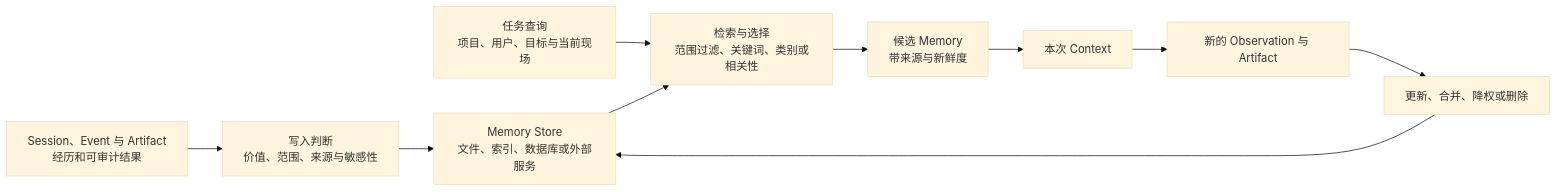
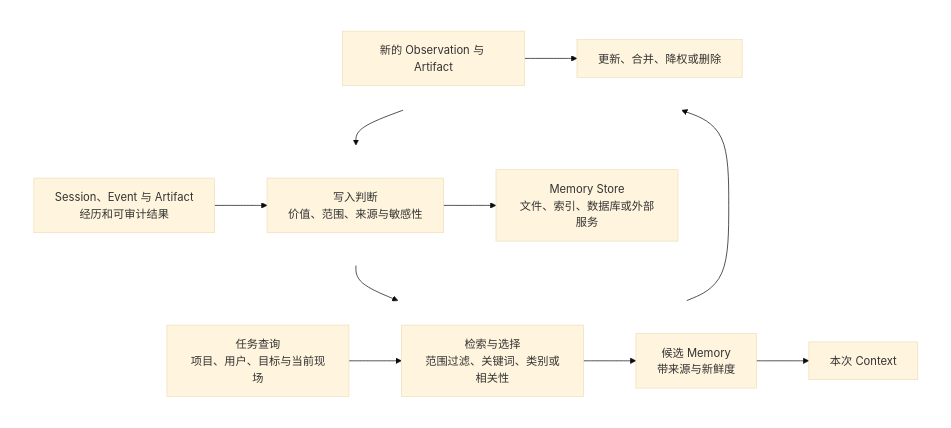
Before and after one commit to specialpointcentral/harness: the diagram in docs/harness-survey/10_memory.md, drawn with Mermaid (base theme). The commit also changed 18 other files, not shown here.

First line of the commit message:
docs: improve diagram layouts and tidy supporting files

````diff
--- a/docs/harness-survey/10_memory.md
+++ b/docs/harness-survey/10_memory.md
@@ -41,22 +41,30 @@
 ```mermaid
-flowchart LR
-  S[Session、Event 与 Artifact<br/>经历和可审计结果]
-  W[写入判断<br/>价值、范围、来源与敏感性]
-  M[Memory Store<br/>文件、索引、数据库或外部服务]
-  Q[任务查询<br/>项目、用户、目标与当前现场]
-  R[检索与选择<br/>范围过滤、关键词、类别或相关性]
-  C[候选 Memory<br/>带来源与新鲜度]
-  X[本次 Context]
-  O[新的 Observation 与 Artifact]
-  U[更新、合并、降权或删除]
-
-  S --> W
-  W --> M
-  Q --> R
+flowchart TB
+  subgraph R1[" "]
+    direction LR
+    S[Session、Event 与 Artifact<br/>经历和可审计结果]
+    W[写入判断<br/>价值、范围、来源与敏感性]
+    M[Memory Store<br/>文件、索引、数据库或外部服务]
+    S --> W --> M
+  end
+  subgraph R2[" "]
+    direction LR
+    Q[任务查询<br/>项目、用户、目标与当前现场]
+    R[检索与选择<br/>范围过滤、关键词、类别或相关性]
+    C[候选 Memory<br/>带来源与新鲜度]
+    X[本次 Context]
+    Q --> R --> C --> X
+  end
+  subgraph R3[" "]
+    direction LR
+    O[新的 Observation 与 Artifact]
+    U[更新、合并、降权或删除]
+    O --> U
+  end
   M --> R
-  R --> C
-  C --> X
   X --> O
-  O --> U
   U --> M
+  style R1 fill:none,stroke:none
+  style R2 fill:none,stroke:none
+  style R3 fill:none,stroke:none
 ```
````
